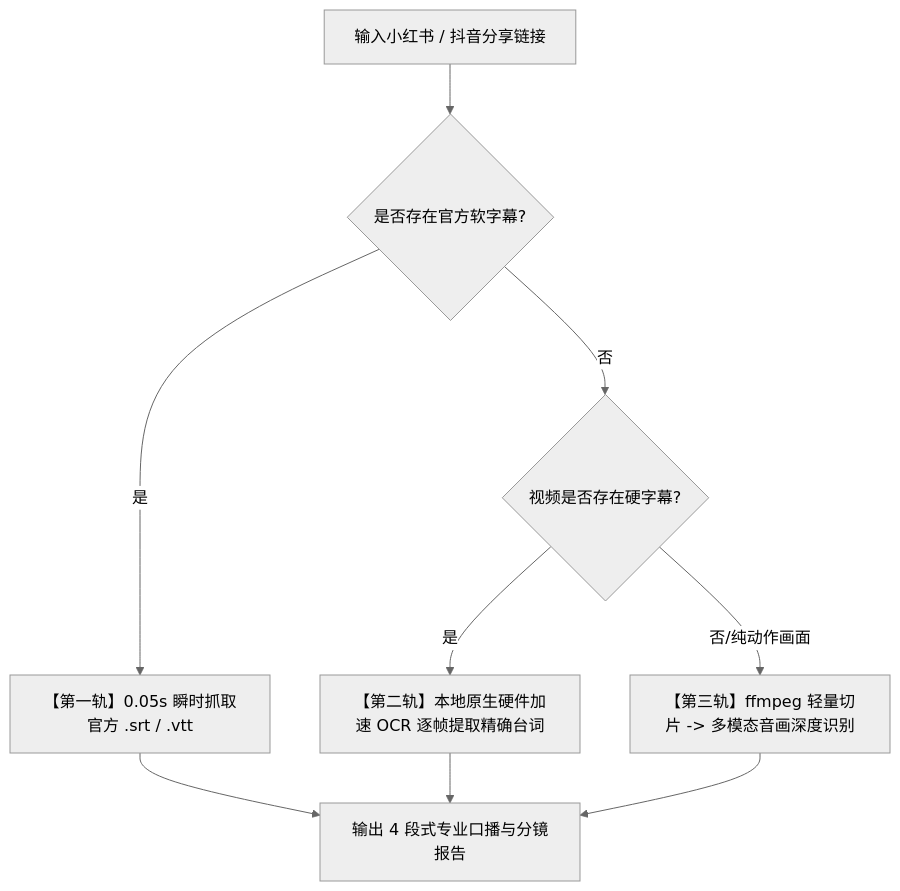
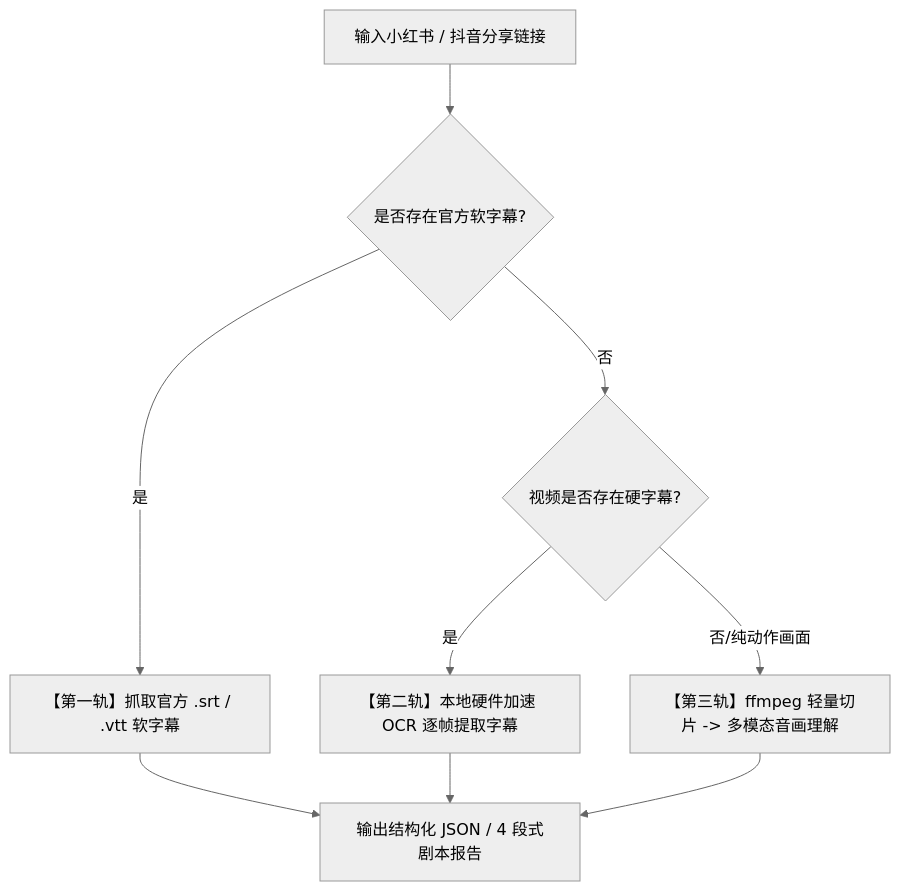
One commit to seamas0825-lab/xhs-douyin-transcript-extractor changed the diagram in README.md. Above: the diagram before and after it, drawn with Mermaid (neutral theme). The commit also changed other lines of this file, not shown here.

````diff
--- a/README.md
+++ b/README.md
@@ -31,11 +30,11 @@
 ```mermaid
 flowchart TD
     A[输入小红书 / 抖音分享链接] --> B{是否存在官方软字幕?}
-    B -- 是 --> C[【第一轨】0.05s 瞬时抓取官方 .srt / .vtt]
+    B -- 是 --> C[【第一轨】抓取官方 .srt / .vtt 软字幕]
     B -- 否 --> D{视频是否存在硬字幕?}
-    D -- 是 --> E[【第二轨】本地原生硬件加速 OCR 逐帧提取精确台词]
-    D -- 否/纯动作画面 --> F[【第三轨】ffmpeg 轻量切片 -> 多模态音画深度识别]
-    C --> G[输出 4 段式专业口播与分镜报告]
+    D -- 是 --> E[【第二轨】本地硬件加速 OCR 逐帧提取字幕]
+    D -- 否/纯动作画面 --> F[【第三轨】ffmpeg 轻量切片 -> 多模态音画理解]
+    C --> G[输出结构化 JSON / 4 段式剧本报告]
     E --> G
     F --> G
 ```
````
